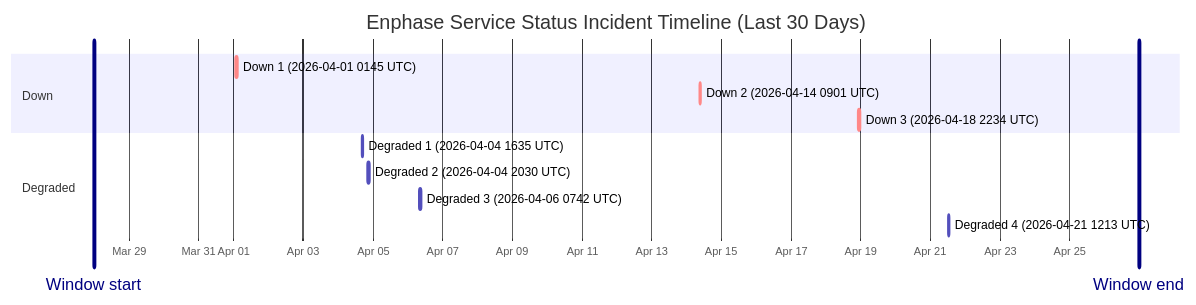
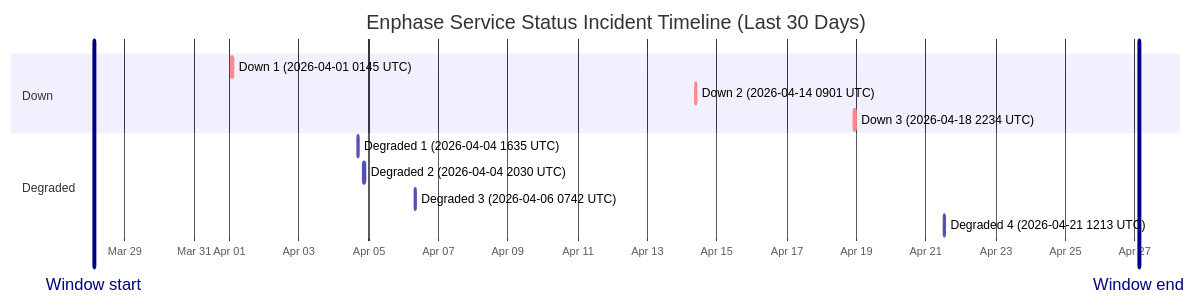
One commit to barneyonline/ha-enphase-ev-charger changed the diagram in wiki/Service-Status-History.md. Above: the diagram before and after it, drawn with Mermaid. The commit also changed other lines of this file and 3 other files, not shown here.

````diff
--- a/wiki/Service-Status-History.md
+++ b/wiki/Service-Status-History.md
@@ -14,17 +14,17 @@
 ```mermaid
 gantt
     title Enphase Service Status Incident Timeline (Last 30 Days)
     dateFormat  YYYY-MM-DDTHH:mm:ss
     axisFormat  %b %d
-    Window start :vert, window-start, 2026-03-27T23:37:38, 0ms
-    Window end :vert, window-end, 2026-04-26T23:37:38, 0ms
+    Window start :vert, window-start, 2026-03-28T02:41:12, 0ms
+    Window end :vert, window-end, 2026-04-27T02:41:12, 0ms
     section Down
     Down 1 (2026-04-01 0145 UTC) :crit, down-1, 2026-04-01T01:45:09, 60m
     Down 2 (2026-04-14 0901 UTC) :crit, down-2, 2026-04-14T09:01:13, 60m
     Down 3 (2026-04-18 2234 UTC) :crit, down-3, 2026-04-18T22:34:13, 60m
     section Degraded
     Degraded 1 (2026-04-04 1635 UTC) :active, degraded-1, 2026-04-04T16:35:17, 60m
     Degraded 2 (2026-04-04 2030 UTC) :active, degraded-2, 2026-04-04T20:30:40, 60m
     Degraded 3 (2026-04-06 0742 UTC) :active, degraded-3, 2026-04-06T07:42:09, 85m
     Degraded 4 (2026-04-21 1213 UTC) :active, degraded-4, 2026-04-21T12:13:11, 60m
 ```
````
